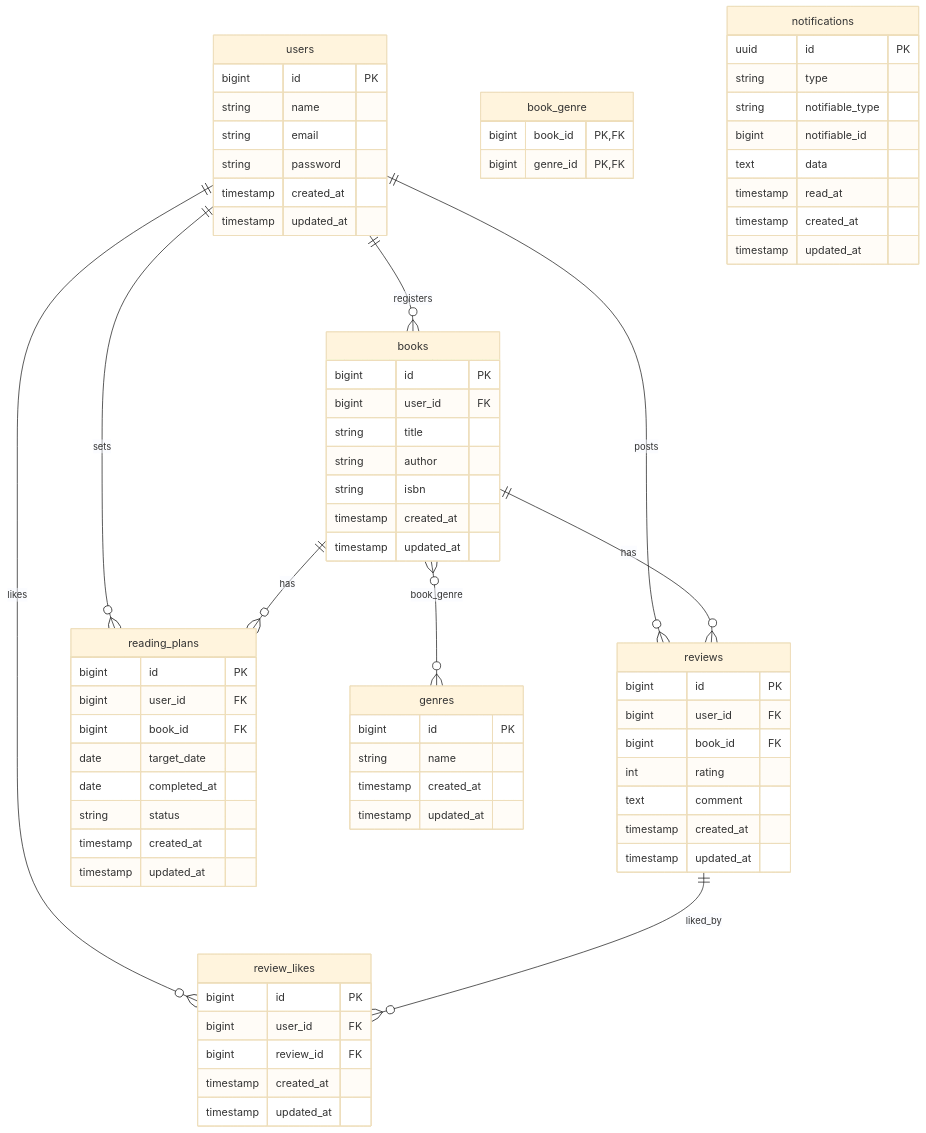
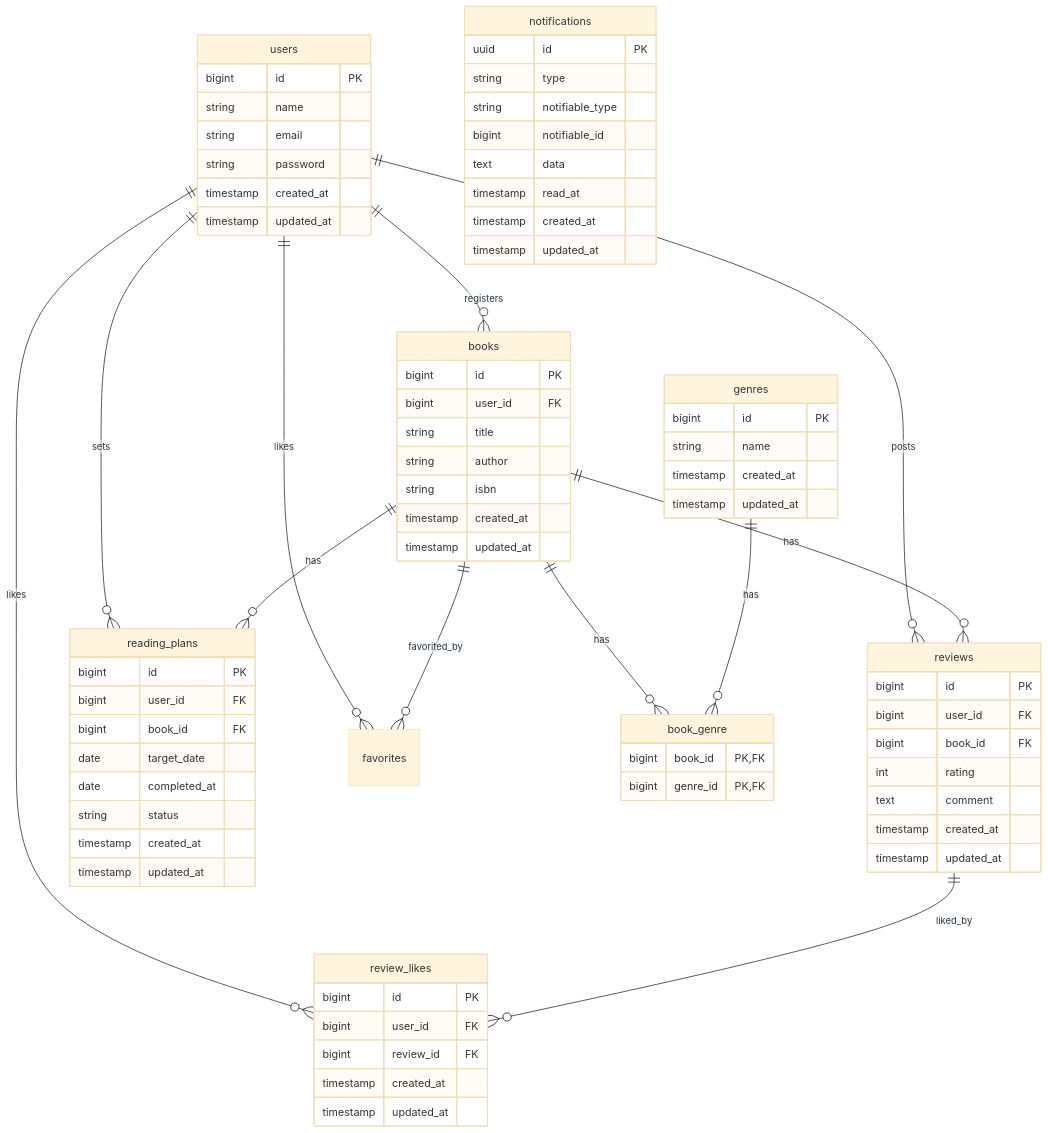
One commit to ainasan0321/bookshelf-app changed the diagram in README.md. Above: the diagram before and after it, drawn with Mermaid (base theme).

Commit message:
READMEのER図を修正

```diff
--- a/README.md
+++ b/README.md
@@ -122,11 +122,15 @@
     users ||--o{ books : "registers"
     users ||--o{ reviews : "posts"
     users ||--o{ reading_plans : "sets"
+    users ||--o{ favorites : "likes"
     users ||--o{ review_likes : "likes"
 
     books ||--o{ reading_plans : "has"
     books ||--o{ reviews : "has"
-    books }o--o{ genres : "book_genre"
+    books ||--o{ favorites : "favorited_by"
+    books ||--o{ book_genre : "has"
+
+    genres || --o{ book_genre : "has"
 
     reviews ||--o{ review_likes : "liked_by"
 
```
